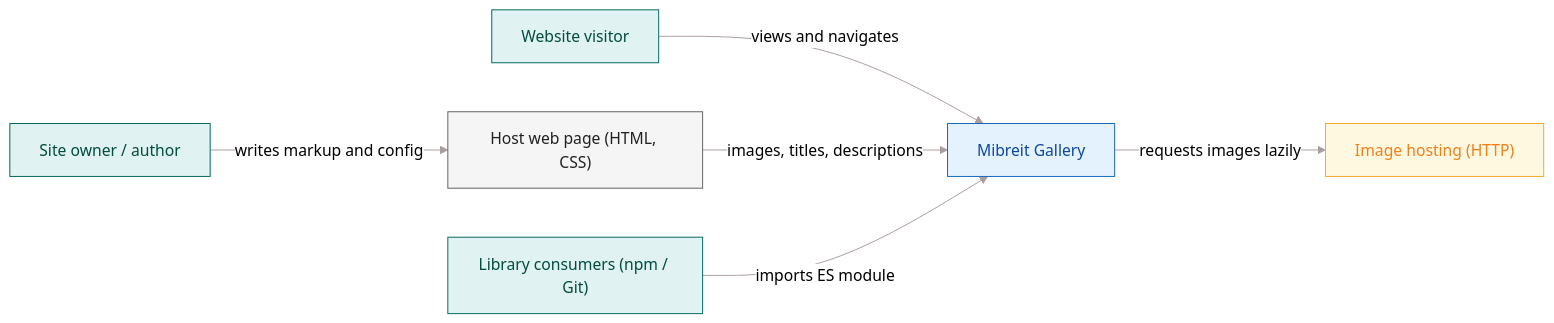
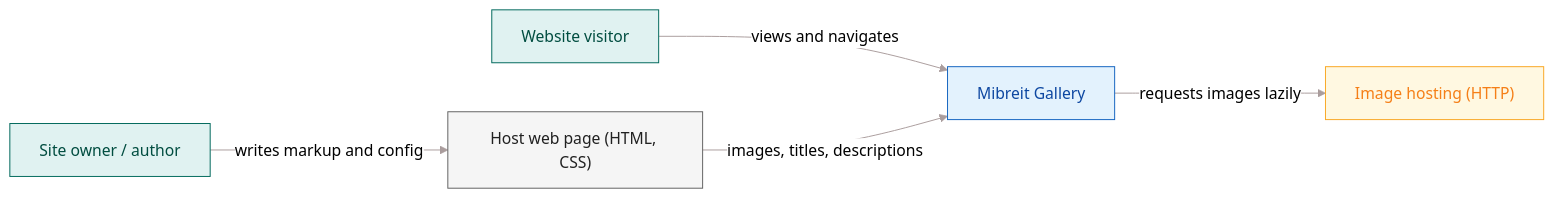
Before and after one commit to MichaelBreitung/mibreit-gallery-ts: the first of 7 diagrams in doc/architecture.md, drawn with Mermaid. The commit also changed other lines of this file and 132 other files, not shown here.

````diff
--- a/doc/architecture.md
+++ b/doc/architecture.md
@@ -102,26 +101,24 @@
 ```mermaid
 %%{init: {'theme': 'neutral', 'themeVariables': {'primaryColor': '#e3f2fd', 'lineColor': '#aa9d9d'}}}%%
 graph LR
     owner["Site owner / author"]
     visitor["Website visitor"]
     host["Host web page (HTML, CSS)"]
     gallery["Mibreit Gallery"]
     images["Image hosting (HTTP)"]
-    consumer["Library consumers (npm / Git)"]
 
     owner -->|"writes markup and config"| host
     visitor -->|"views and navigates"| gallery
     host -->|"images, titles, descriptions"| gallery
     gallery -->|"requests images lazily"| images
-    consumer -->|"imports ES module"| gallery
 
     classDef core     fill:#e3f2fd,stroke:#1565c0,stroke-width:1px,color:#0d47a1
     classDef consumer fill:#e0f2f1,stroke:#00695c,stroke-width:1px,color:#004d40
     classDef service  fill:#fff8e1,stroke:#f9a825,stroke-width:1px,color:#f57f17
     classDef support  fill:#f5f5f5,stroke:#616161,color:#212121
 
     class gallery core
-    class owner,visitor,consumer consumer
+    class owner,visitor consumer
     class images service
     class host support
 ```
````
